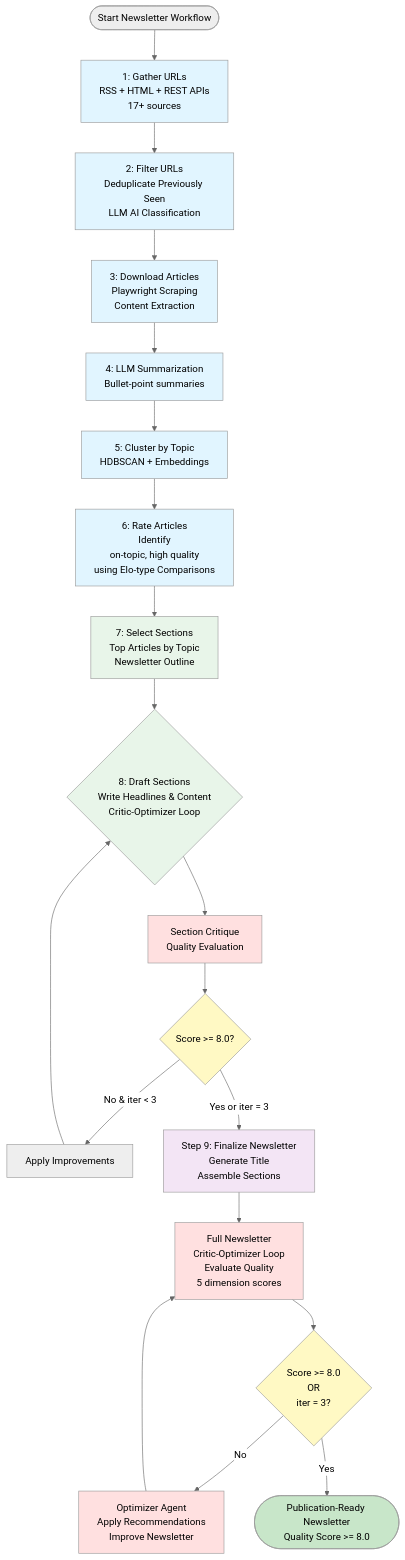
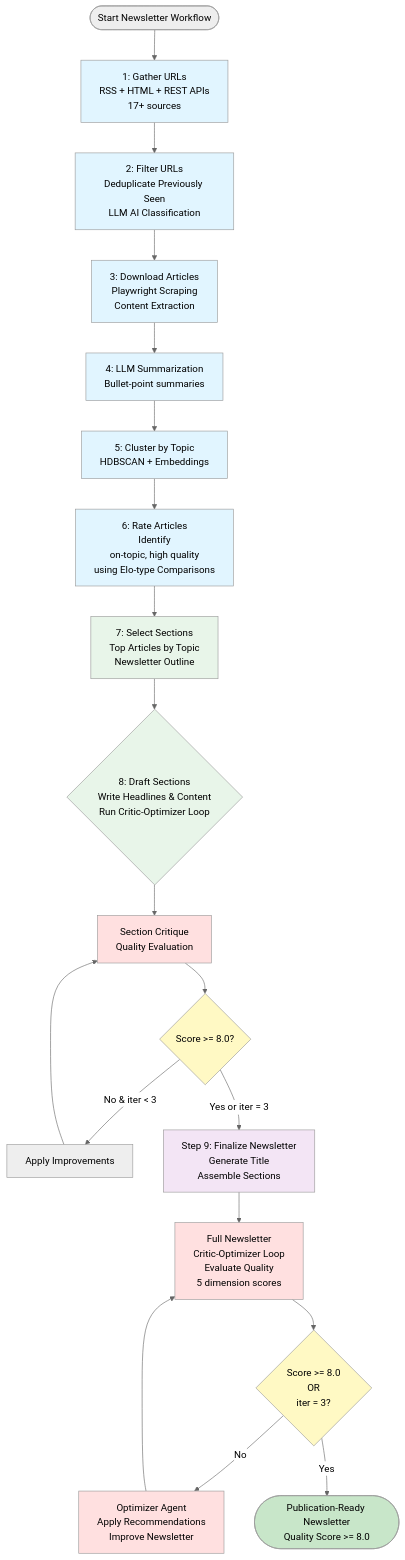
The diagram in README.md (druce/OpenAIAgentsSDK), drawn with Mermaid (neutral theme) before and after one commit.

````diff
--- a/README.md
+++ b/README.md
@@ -9,49 +9,49 @@
 ```mermaid
   flowchart TD
       Start([Start Newsletter Workflow]) --> Step1[1: Gather URLs<br/>RSS + HTML + REST APIs<br/>17+ sources]
 
       Step1 --> Step2[2: Filter URLs<br/>Deduplicate Previously Seen<br/>LLM AI Classification<br/>]
 
       Step2 --> Step3[3: Download Articles<br/>Playwright Scraping<br/>Content Extraction]
 
       Step3 --> Step4[4: LLM Summarization<br/>Bullet-point summaries]
 
       Step4 --> Step5[5: Cluster by Topic<br/>HDBSCAN + Embeddings]
 
       Step5 --> Step6[6: Rate Articles<br/>Identify<br/>on-topic, high quality<br/>using Elo-type Comparisons]
 
       Step6 --> Step7[7: Select Sections<br/>Top Articles by Topic<br/>Newsletter Outline]
 
-      Step7 --> Step8{8: Draft Sections<br/>Write Headlines & Content<br/>Critic-Optimizer Loop}
+      Step7 --> Step8{8: Draft Sections<br/>Write Headlines & Content<br/>Run Critic-Optimizer Loop}
 
       Step8 --> Critique8[Section Critique<br/>Quality Evaluation]
       Critique8 --> Check8{Score >= 8.0?}
       Check8 -->|No & iter < 3| Improve8[Apply Improvements]
-      Improve8 --> Step8
+      Improve8 --> Critique8
       Check8 -->|Yes or iter = 3| Step9[Step 9: Finalize Newsletter<br/>Generate Title<br/>Assemble Sections]
 
       Step9 --> Critique9[Full Newsletter<br/>Critic-Optimizer Loop<br/>Evaluate Quality<br/>5 dimension scores]
 
       Critique9 --> Check9{Score >= 8.0<br/>OR<br/>iter = 3?}
 
       Check9 -->|No| Optimizer[Optimizer Agent<br/>Apply Recommendations<br/>Improve Newsletter]
       Optimizer --> Critique9
 
       Check9 -->|Yes| Final([Publication-Ready Newsletter<br/>Quality Score >= 8.0])
 
       style Step1 fill:#e1f5ff
       style Step2 fill:#e1f5ff
       style Step3 fill:#e1f5ff
       style Step4 fill:#e1f5ff
       style Step5 fill:#e1f5ff
       style Step6 fill:#e1f5ff
       style Step7 fill:#e8f5e9
       style Step8 fill:#e8f5e9
       style Step9 fill:#f3e5f5
       style Critique8 fill:#ffe0e0
       style Critique9 fill:#ffe0e0
       style Optimizer fill:#ffe0e0
       style Check8 fill:#fff9c4
       style Check9 fill:#fff9c4
       style Final fill:#c8e6c9
   ```
````
